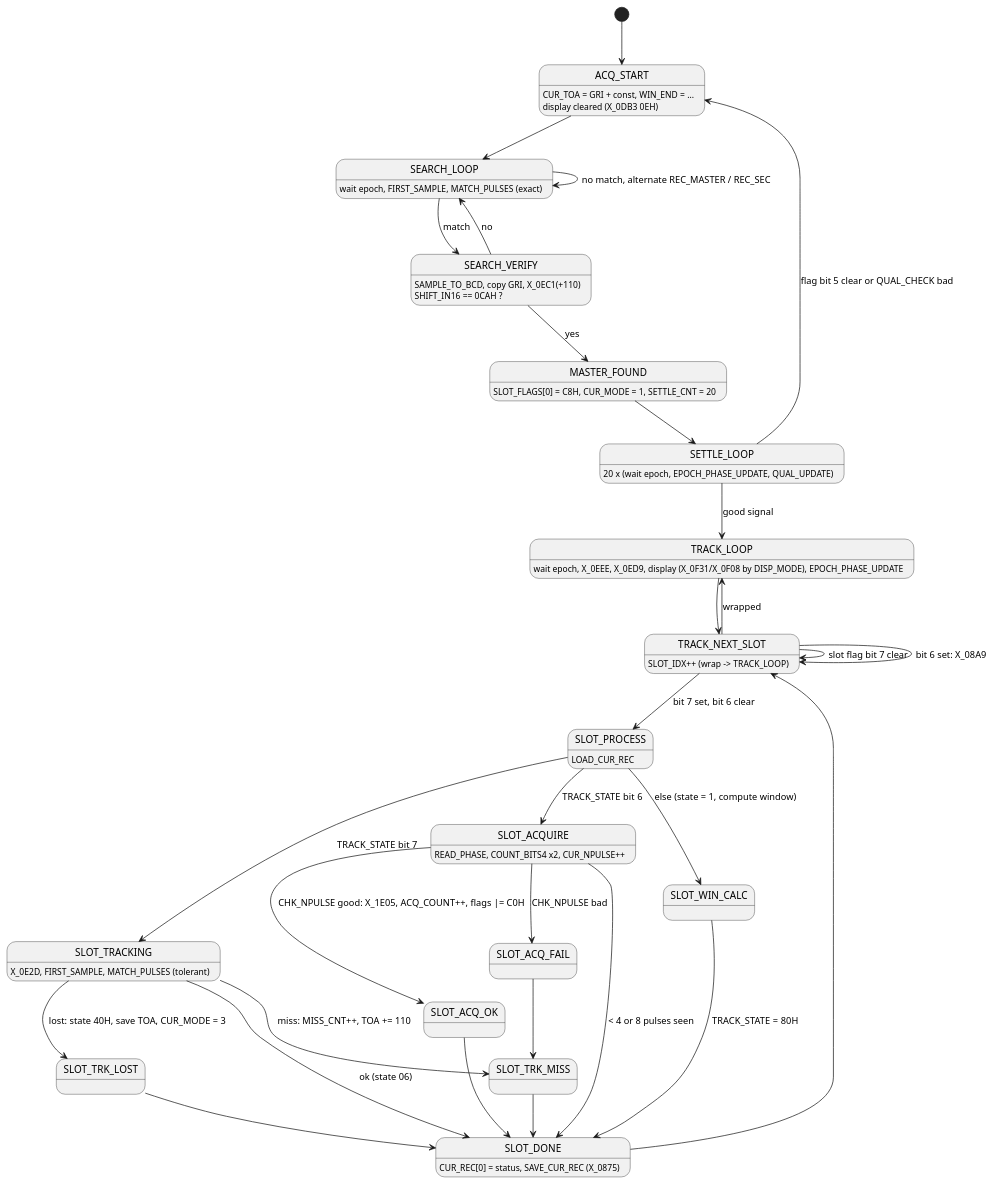
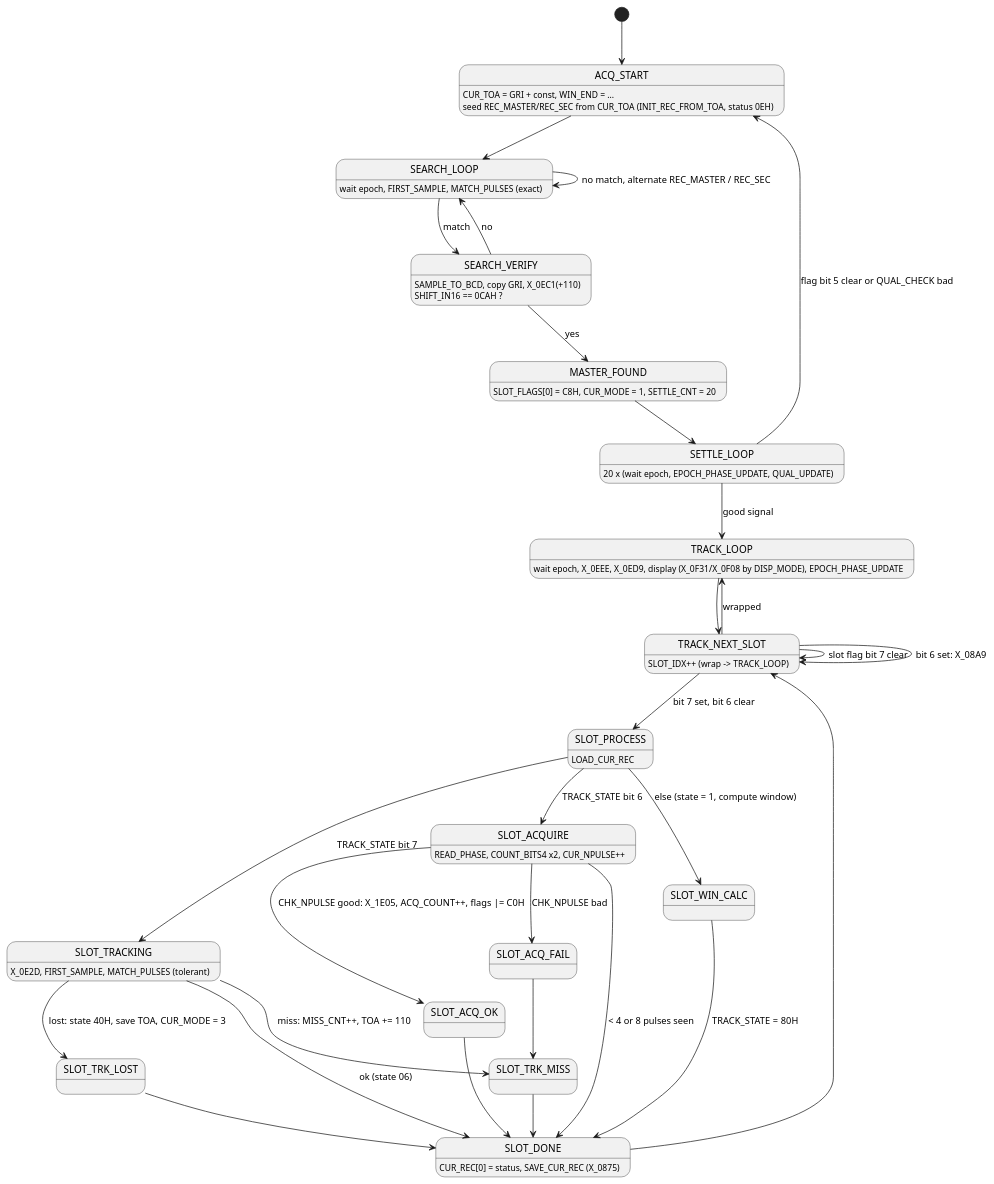
The third of 3 diagrams in docs/firmware.md (Mwwhited-BookLearning/navtec-roms), drawn with PlantUML before and after one commit. The commit also changed 8 other files, not shown here.

````diff
--- a/docs/firmware.md
+++ b/docs/firmware.md
@@ -85,46 +85,46 @@
 ```plantuml
 @startuml
 [*] --> ACQ_START
 ACQ_START : CUR_TOA = GRI + const, WIN_END = ...
-ACQ_START : display cleared (X_0DB3 0EH)
+ACQ_START : seed REC_MASTER/REC_SEC from CUR_TOA (INIT_REC_FROM_TOA, status 0EH)
 ACQ_START --> SEARCH_LOOP
 SEARCH_LOOP : wait epoch, FIRST_SAMPLE, MATCH_PULSES (exact)
 SEARCH_LOOP --> SEARCH_LOOP : no match, alternate REC_MASTER / REC_SEC
 SEARCH_LOOP --> SEARCH_VERIFY : match
 SEARCH_VERIFY : SAMPLE_TO_BCD, copy GRI, X_0EC1(+110)
 SEARCH_VERIFY : SHIFT_IN16 == 0CAH ?
 SEARCH_VERIFY --> SEARCH_LOOP : no
 SEARCH_VERIFY --> MASTER_FOUND : yes
 MASTER_FOUND : SLOT_FLAGS[0] = C8H, CUR_MODE = 1, SETTLE_CNT = 20
 MASTER_FOUND --> SETTLE_LOOP
 SETTLE_LOOP : 20 x (wait epoch, EPOCH_PHASE_UPDATE, QUAL_UPDATE)
 SETTLE_LOOP --> ACQ_START : flag bit 5 clear or QUAL_CHECK bad
 SETTLE_LOOP --> TRACK_LOOP : good signal
 TRACK_LOOP : wait epoch, X_0EEE, X_0ED9, display (X_0F31/X_0F08 by DISP_MODE), EPOCH_PHASE_UPDATE
 TRACK_LOOP --> TRACK_NEXT_SLOT
 TRACK_NEXT_SLOT : SLOT_IDX++ (wrap -> TRACK_LOOP)
 TRACK_NEXT_SLOT --> TRACK_LOOP : wrapped
 TRACK_NEXT_SLOT --> TRACK_NEXT_SLOT : slot flag bit 7 clear
 TRACK_NEXT_SLOT --> SLOT_PROCESS : bit 7 set, bit 6 clear
 TRACK_NEXT_SLOT --> TRACK_NEXT_SLOT : bit 6 set: X_08A9
 SLOT_PROCESS : LOAD_CUR_REC
 SLOT_PROCESS --> SLOT_TRACKING : TRACK_STATE bit 7
 SLOT_PROCESS --> SLOT_ACQUIRE : TRACK_STATE bit 6
 SLOT_PROCESS --> SLOT_WIN_CALC : else (state = 1, compute window)
 SLOT_WIN_CALC --> SLOT_DONE : TRACK_STATE = 80H
 SLOT_TRACKING : X_0E2D, FIRST_SAMPLE, MATCH_PULSES (tolerant)
 SLOT_TRACKING --> SLOT_DONE : ok (state 06)
 SLOT_TRACKING --> SLOT_TRK_MISS : miss: MISS_CNT++, TOA += 110
 SLOT_TRK_MISS --> SLOT_DONE
 SLOT_TRACKING --> SLOT_TRK_LOST : lost: state 40H, save TOA, CUR_MODE = 3
 SLOT_TRK_LOST --> SLOT_DONE
 SLOT_ACQUIRE : READ_PHASE, COUNT_BITS4 x2, CUR_NPULSE++
 SLOT_ACQUIRE --> SLOT_DONE : < 4 or 8 pulses seen
 SLOT_ACQUIRE --> SLOT_ACQ_FAIL : CHK_NPULSE bad
 SLOT_ACQUIRE --> SLOT_ACQ_OK : CHK_NPULSE good: X_1E05, ACQ_COUNT++, flags |= C0H
 SLOT_ACQ_OK --> SLOT_DONE
 SLOT_ACQ_FAIL --> SLOT_TRK_MISS
 SLOT_DONE : CUR_REC[0] = status, SAVE_CUR_REC (X_0875)
 SLOT_DONE --> TRACK_NEXT_SLOT
 @enduml
 ```
````
